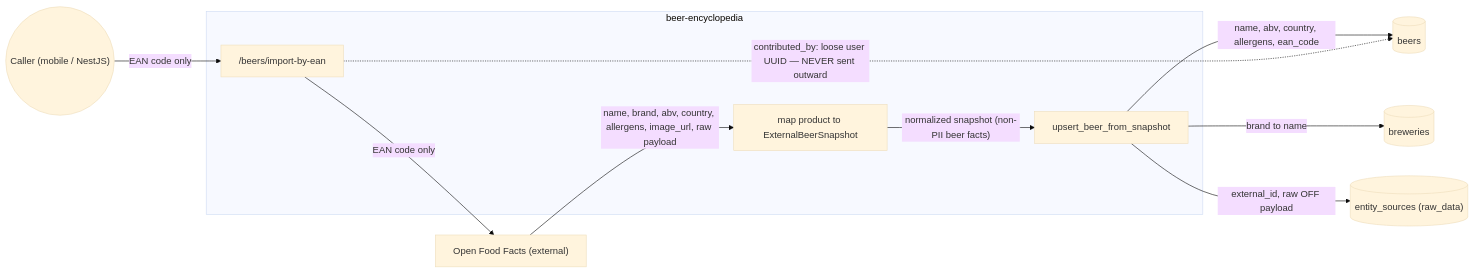
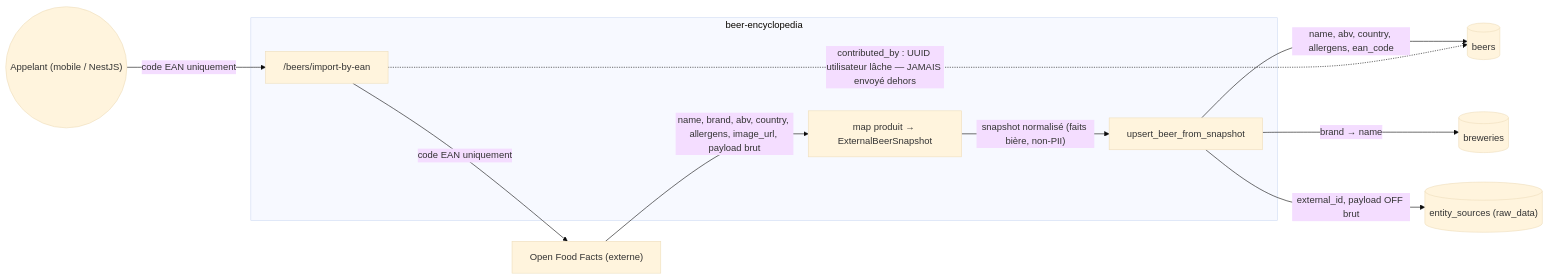
One commit to benoit-bremaud/brasse-bouillon changed the first of 2 diagrams in docs/architecture/diagrams/beer-encyclopedia/06-data-flow.md. Above: the diagram before and after it, drawn with Mermaid (base theme). The commit also changed other lines of this file and 2 other files, not shown here.

First line of the commit message:
docs(beer-encyclopedia): review data-flow diagram (FR + PlantUML) — completes 6/6

````diff
--- a/docs/architecture/diagrams/beer-encyclopedia/06-data-flow.md
+++ b/docs/architecture/diagrams/beer-encyclopedia/06-data-flow.md
@@ -16,22 +21,22 @@
 ```mermaid
 flowchart LR
-  Caller(("Caller (mobile / NestJS)"))
-  OFF["Open Food Facts (external)"]
+  Caller(("Appelant (mobile / NestJS)"))
+  OFF["Open Food Facts (externe)"]
   subgraph PY ["beer-encyclopedia"]
     API["/beers/import-by-ean"]
-    Map["map product to ExternalBeerSnapshot"]
+    Map["map produit → ExternalBeerSnapshot"]
     Upsert["upsert_beer_from_snapshot"]
   end
   Beers[("beers")]
   Breweries[("breweries")]
   ES[("entity_sources (raw_data)")]
 
-  Caller -->|"EAN code only"| API
-  API -->|"EAN code only"| OFF
-  OFF -->|"name, brand, abv, country, allergens, image_url, raw payload"| Map
-  Map -->|"normalized snapshot (non-PII beer facts)"| Upsert
+  Caller -->|"code EAN uniquement"| API
+  API -->|"code EAN uniquement"| OFF
+  OFF -->|"name, brand, abv, country, allergens, image_url, payload brut"| Map
+  Map -->|"snapshot normalisé (faits bière, non-PII)"| Upsert
   Upsert -->|"name, abv, country, allergens, ean_code"| Beers
-  Upsert -->|"brand to name"| Breweries
-  Upsert -->|"external_id, raw OFF payload"| ES
-  API -.->|"contributed_by: loose user UUID — NEVER sent outward"| Beers
+  Upsert -->|"brand → name"| Breweries
+  Upsert -->|"external_id, payload OFF brut"| ES
+  API -.->|"contributed_by : UUID utilisateur lâche — JAMAIS envoyé dehors"| Beers
 ```
````
